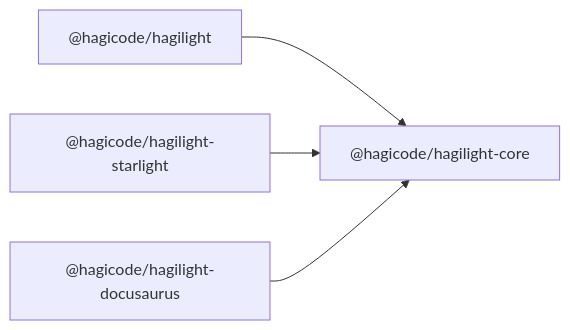
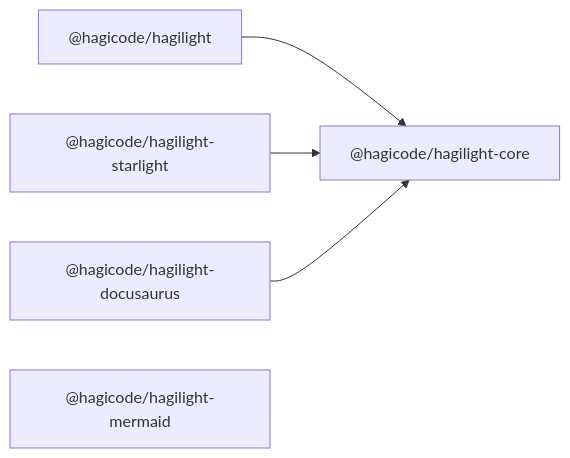
Before and after one commit to HagiCode-org/hagilight: the diagram in README.md, drawn with Mermaid. The commit also changed other lines of this file and 2 other files, not shown here.

Commit message:
docs(mermaid): document the renderer, demo, and package release
Describe the renderer API, demo coverage, and package boundaries. Explain shared versioning and first publish requirements.

````diff
--- a/README.md
+++ b/README.md
@@ -25,6 +25,7 @@
 ```mermaid
 flowchart LR
   A["@hagicode/hagilight"] --> C["@hagicode/hagilight-core"]
   S["@hagicode/hagilight-starlight"] --> C
   D["@hagicode/hagilight-docusaurus"] --> C
+  M["@hagicode/hagilight-mermaid"]
 ```
````
